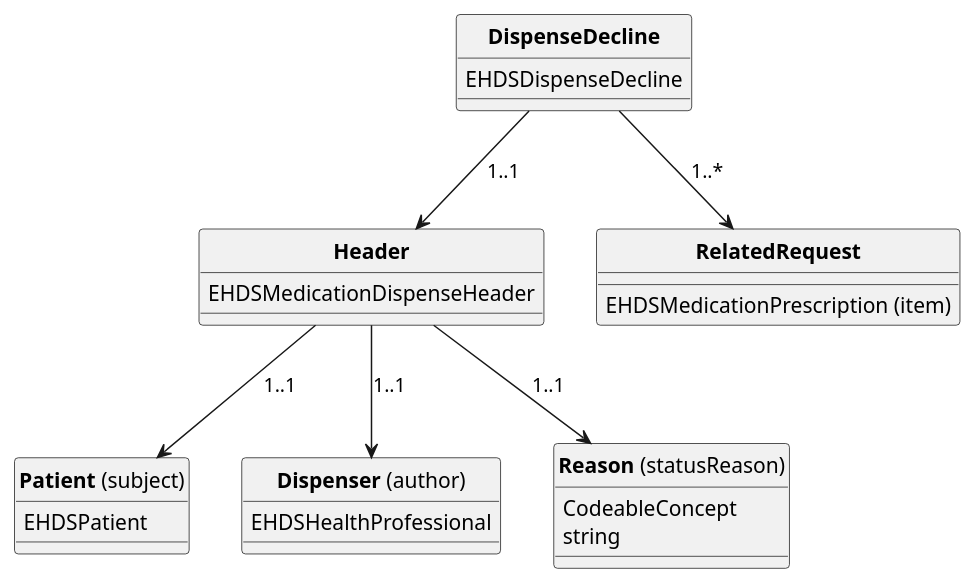
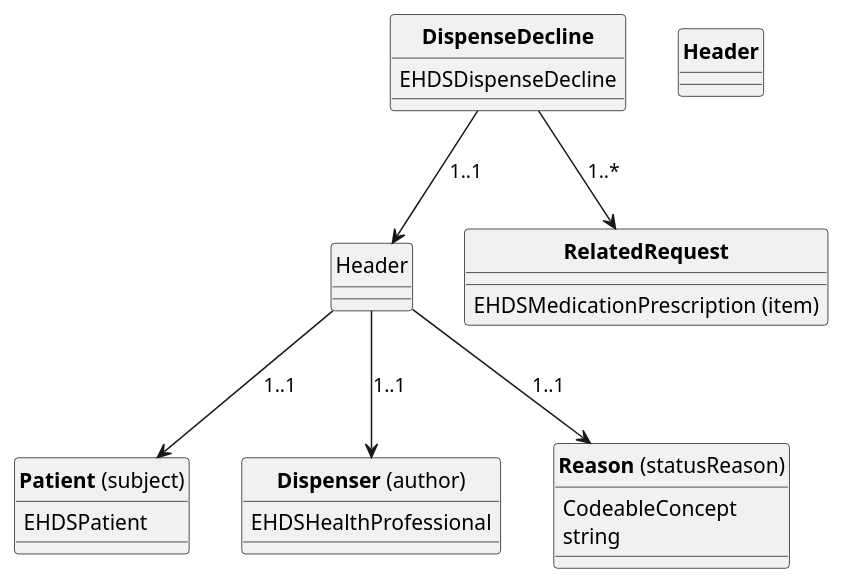
The diagram in input/images-source/dispenseDecline.plantuml (Xt-EHR/xt-ehr-common), drawn with PlantUML before and after one commit. The commit also changed 2 other files, not shown here.

Commit message:
remove Header from prescription diagram

```diff
--- a/input/images-source/dispenseDecline.plantuml
+++ b/input/images-source/dispenseDecline.plantuml
@@ -1,44 +1,44 @@
 @startuml
 skinparam linetype polyline
 hide circle
 hide stereotype
 
 
 class "**DispenseDecline**" as eD{
   EHDSDispenseDecline
 
 }
 
 eD --> Header: "1..1"
 eD --> Item: "1..*"
 
-class "**Header**" as Header{
-EHDSMedicationDispenseHeader
+class "**Header**" as header{
+
 }
 
 Header --> Patient: "1..1"
 Header --> Dispenser: "1..1"
 Header --> Reason: "1..1"
 
 class "**Dispenser** (author)" as Dispenser{
   EHDSHealthProfessional   
   
 }
 
 class "**Patient** (subject)" as Patient{
   EHDSPatient   
 
 }
 
 class "**Reason** (statusReason)" as Reason{
   CodeableConcept
   string
 
 }
 
 class "**RelatedRequest**" as Item{ 
   EHDSMedicationPrescription (item)
 }
 
 
 @enduml
```
